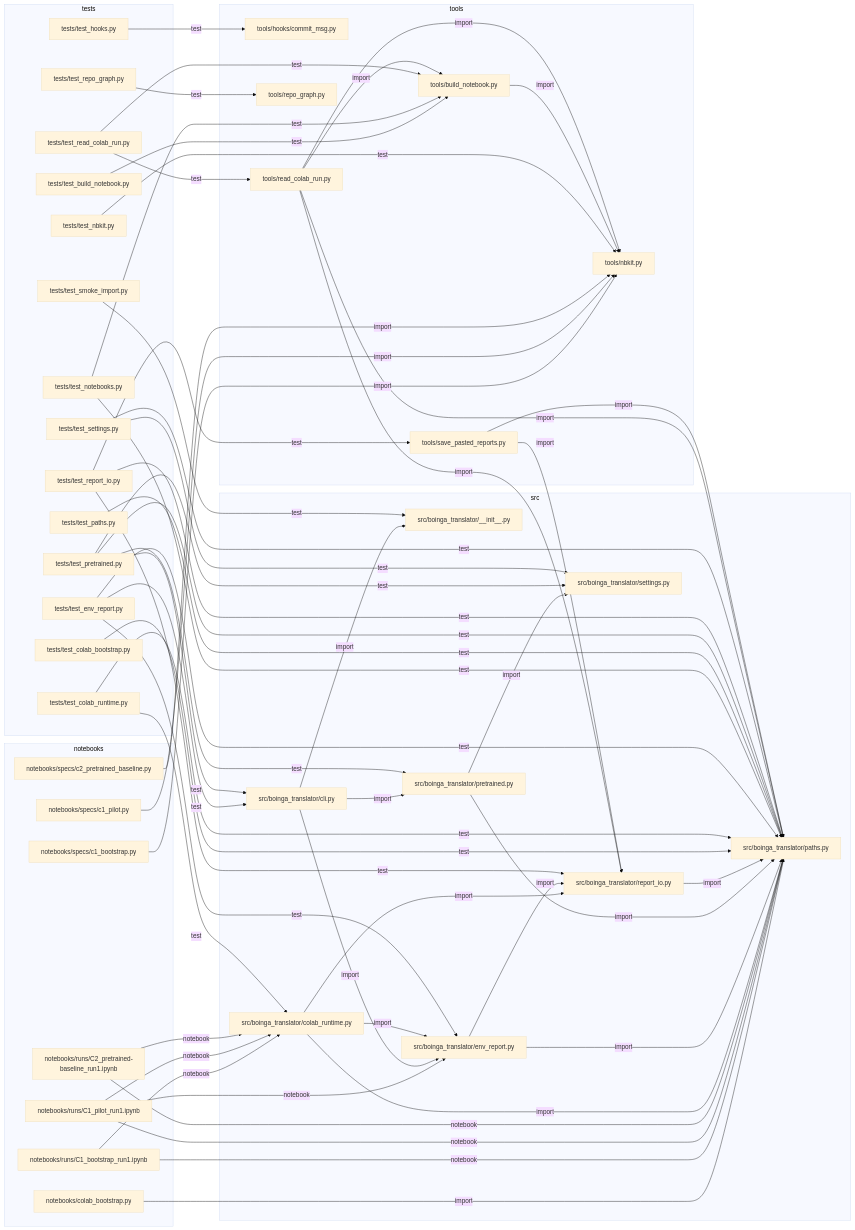
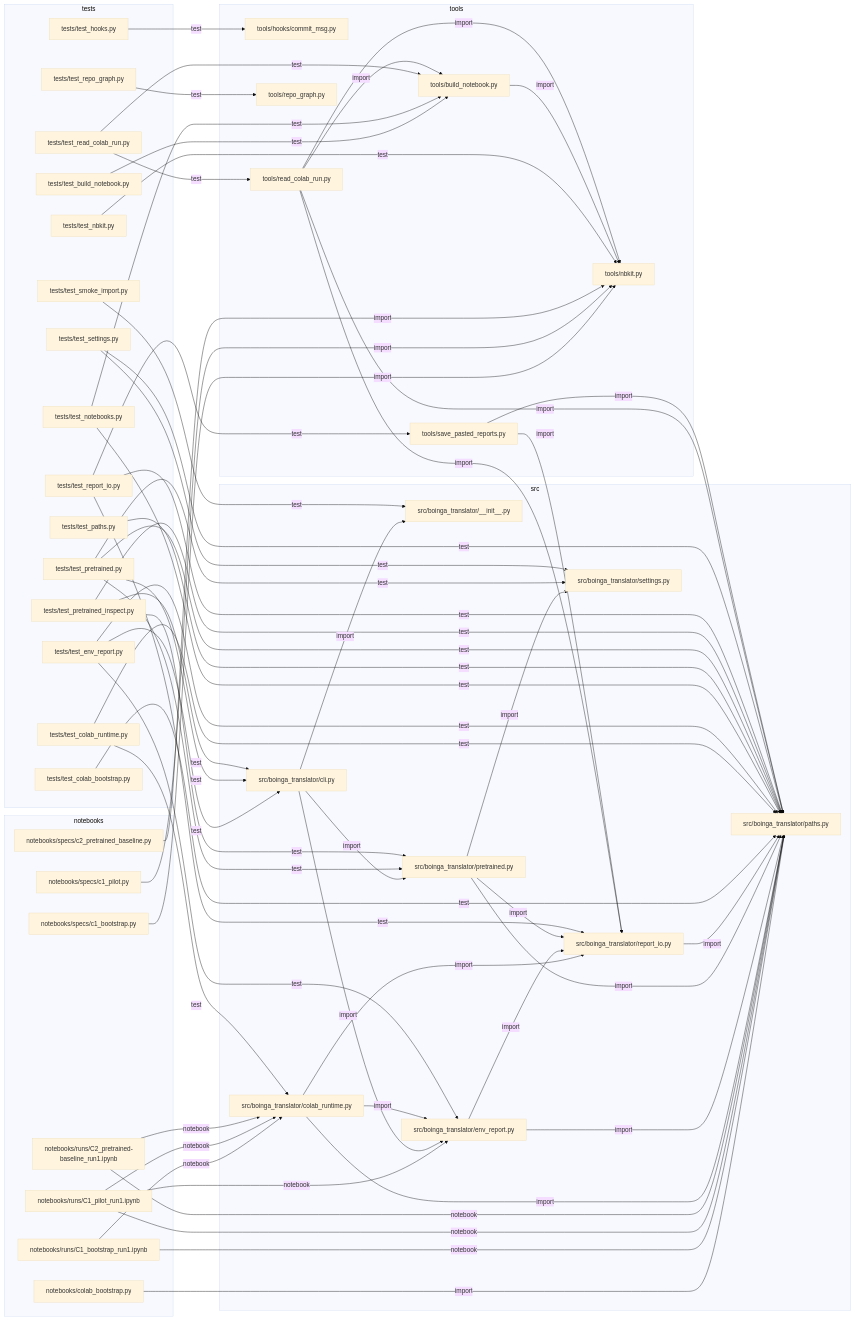
The diagram in docs/REPO_GRAPH.md (asparagusD/boinga-translator), drawn with Mermaid (base theme) before and after one commit. The commit also changed other lines of this file and 7 other files, not shown here.

```diff
--- a/docs/REPO_GRAPH.md
+++ b/docs/REPO_GRAPH.md
@@ -120,6 +121,7 @@
     n_tests_test_notebooks_py["tests/test_notebooks.py"]
     n_tests_test_paths_py["tests/test_paths.py"]
     n_tests_test_pretrained_py["tests/test_pretrained.py"]
+    n_tests_test_pretrained_inspect_py["tests/test_pretrained_inspect.py"]
     n_tests_test_read_colab_run_py["tests/test_read_colab_run.py"]
     n_tests_test_repo_graph_py["tests/test_repo_graph.py"]
     n_tests_test_report_io_py["tests/test_report_io.py"]
@@ -154,6 +156,7 @@
   n_src_boinga_translator_env_report_py -->|import| n_src_boinga_translator_paths_py
   n_src_boinga_translator_env_report_py -->|import| n_src_boinga_translator_report_io_py
   n_src_boinga_translator_pretrained_py -->|import| n_src_boinga_translator_paths_py
+  n_src_boinga_translator_pretrained_py -->|import| n_src_boinga_translator_report_io_py
   n_src_boinga_translator_pretrained_py -->|import| n_src_boinga_translator_settings_py
   n_src_boinga_translator_report_io_py -->|import| n_src_boinga_translator_paths_py
   n_tests_test_build_notebook_py -->|test| n_tools_build_notebook_py
@@ -172,6 +175,9 @@
   n_tests_test_pretrained_py -->|test| n_src_boinga_translator_paths_py
   n_tests_test_pretrained_py -->|test| n_src_boinga_translator_pretrained_py
   n_tests_test_pretrained_py -->|test| n_src_boinga_translator_settings_py
+  n_tests_test_pretrained_inspect_py -->|test| n_src_boinga_translator_cli_py
+  n_tests_test_pretrained_inspect_py -->|test| n_src_boinga_translator_paths_py
+  n_tests_test_pretrained_inspect_py -->|test| n_src_boinga_translator_pretrained_py
   n_tests_test_read_colab_run_py -->|test| n_tools_build_notebook_py
   n_tests_test_read_colab_run_py -->|test| n_tools_read_colab_run_py
   n_tests_test_repo_graph_py -->|test| n_tools_repo_graph_py
```
